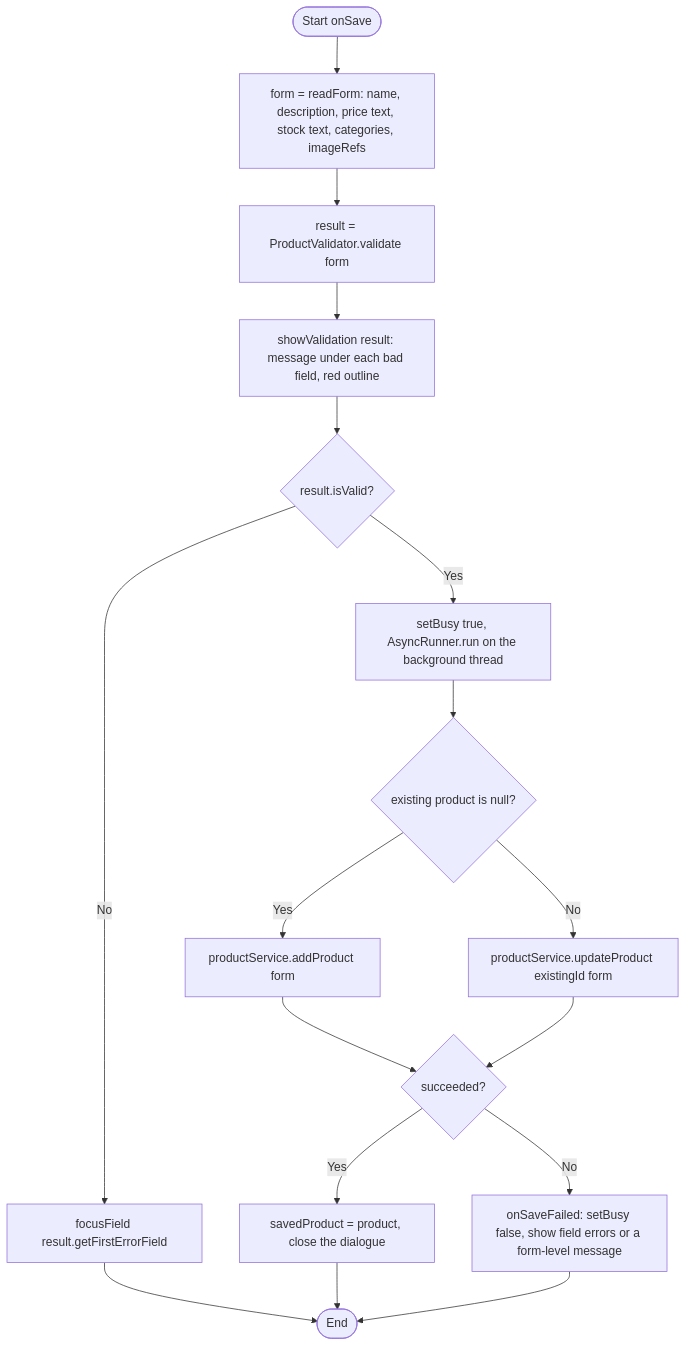
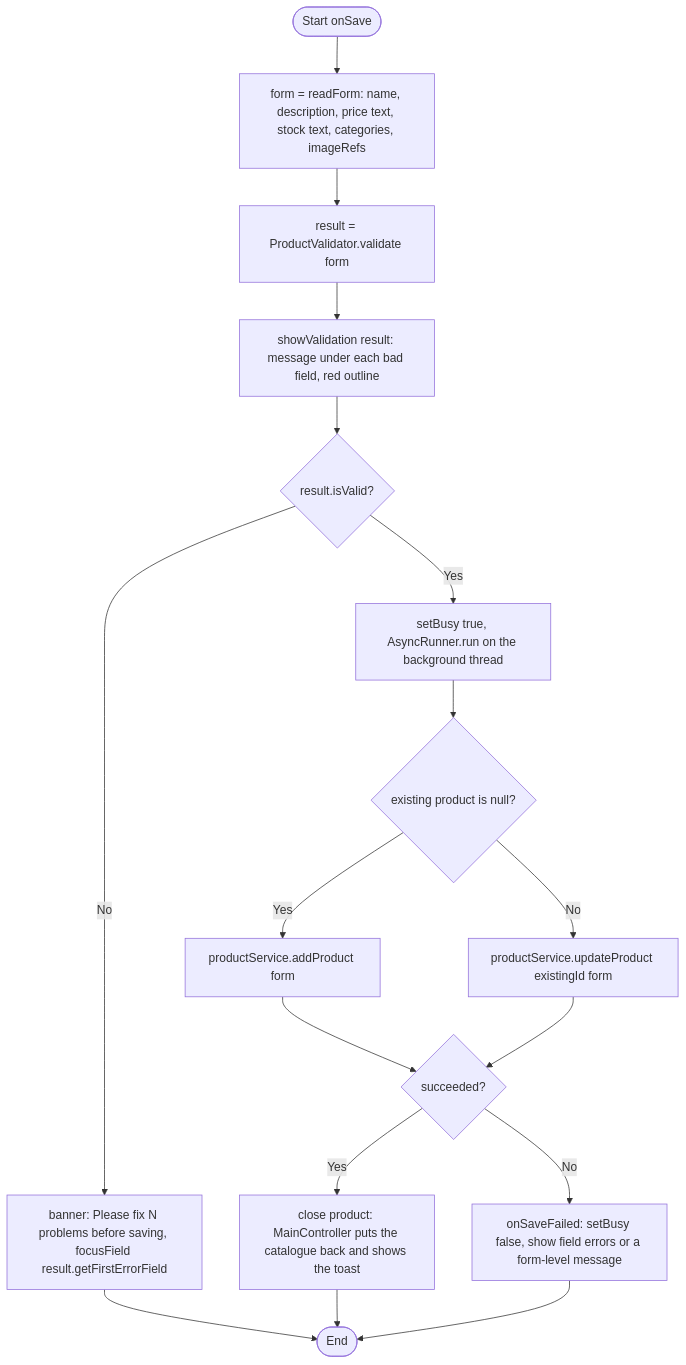
Before and after one commit to sfarshadchoudhury-dot/NC1605-Marketplace: diagram 26 of 29 in components/products/docs/04-diagrams.md, drawn with Mermaid. The commit also changed other lines of this file and 3 other files, not shown here.

Commit message:
Update the README, test plan and diagrams for the new screens

````diff
--- a/components/products/docs/04-diagrams.md
+++ b/components/products/docs/04-diagrams.md
@@ -724,19 +728,19 @@
 ```mermaid
 flowchart TD
     A([Start onSave]) --> B["form = readForm: name, description, price text, stock text, categories, imageRefs"]
     B --> C["result = ProductValidator.validate form"]
     C --> D["showValidation result: message under each bad field, red outline"]
     D --> E{"result.isValid?"}
-    E -- No --> F["focusField result.getFirstErrorField"]
+    E -- No --> F["banner: Please fix N problems before saving, focusField result.getFirstErrorField"]
     E -- Yes --> G["setBusy true, AsyncRunner.run on the background thread"]
     G --> H{"existing product is null?"}
     H -- Yes --> I["productService.addProduct form"]
     H -- No --> J["productService.updateProduct existingId form"]
     I --> K{"succeeded?"}
     J --> K
-    K -- Yes --> L["savedProduct = product, close the dialogue"]
+    K -- Yes --> L["close product: MainController puts the catalogue back and shows the toast"]
     K -- No --> M["onSaveFailed: setBusy false, show field errors or a form-level message"]
     F --> Z([End])
     L --> Z
     M --> Z
 ```
````
